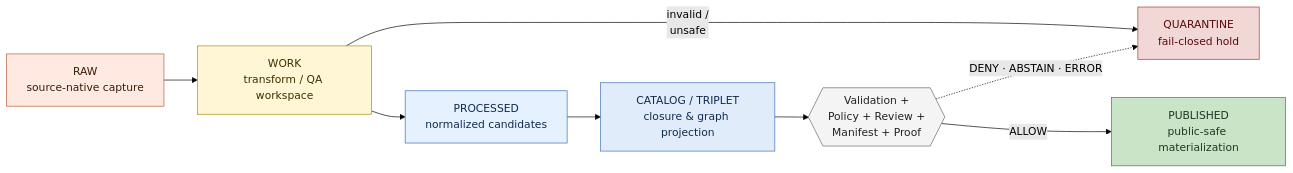
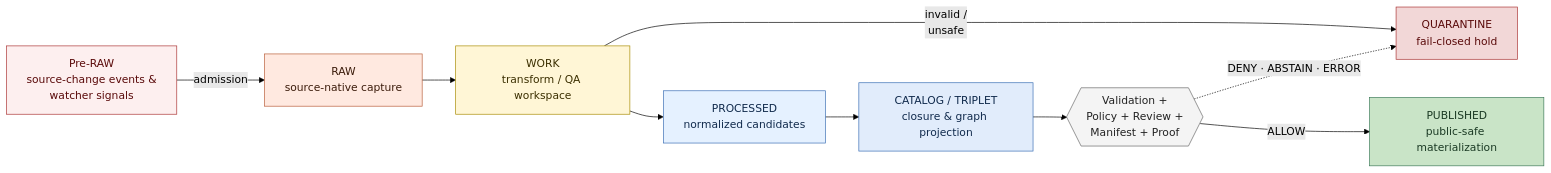
One commit to bartytime4life/Kansas-Frontier-Matrix changed the first of 3 diagrams in docs/doctrine/lifecycle-law.md. Above: the diagram before and after it, drawn with Mermaid (forest theme). The commit also changed other lines of this file, not shown here.

````diff
--- a/docs/doctrine/lifecycle-law.md
+++ b/docs/doctrine/lifecycle-law.md
@@ -110,27 +128,30 @@
 ```mermaid
 flowchart LR
+  classDef preraw    fill:#FDEFEF,stroke:#A33,color:#5A0A0A;
   classDef raw       fill:#FFE9E0,stroke:#B85C38,color:#3B1B0A;
   classDef work      fill:#FFF6D6,stroke:#A88B00,color:#3B2F00;
   classDef quar      fill:#F2D7D7,stroke:#A33,color:#5A0A0A;
   classDef proc      fill:#E5F1FF,stroke:#3A6EB4,color:#102A4C;
   classDef cat       fill:#E1ECFB,stroke:#3A6EB4,color:#102A4C;
   classDef pub       fill:#C9E4C7,stroke:#3B7A57,color:#1B3A24;
   classDef gate      fill:#F4F4F4,stroke:#666,color:#222;
 
+  PRE["Pre-RAW<br/>source-change events &amp;<br/>watcher signals"]:::preraw
   RAW["RAW<br/>source-native capture"]:::raw
   WORK["WORK<br/>transform / QA workspace"]:::work
   QUAR["QUARANTINE<br/>fail-closed hold"]:::quar
   PROC["PROCESSED<br/>normalized candidates"]:::proc
-  CAT["CATALOG / TRIPLET<br/>closure & graph projection"]:::cat
+  CAT["CATALOG / TRIPLET<br/>closure &amp; graph projection"]:::cat
   PUB["PUBLISHED<br/>public-safe materialization"]:::pub
 
   GATE{{"Validation +<br/>Policy + Review +<br/>Manifest + Proof"}}:::gate
 
+  PRE -->|admission| RAW
   RAW --> WORK
   WORK -- "invalid /<br/>unsafe" --> QUAR
   WORK --> PROC
   PROC --> CAT
   CAT --> GATE
   GATE -- "ALLOW" --> PUB
   GATE -. "DENY · ABSTAIN · ERROR" .-> QUAR
 ```
````
